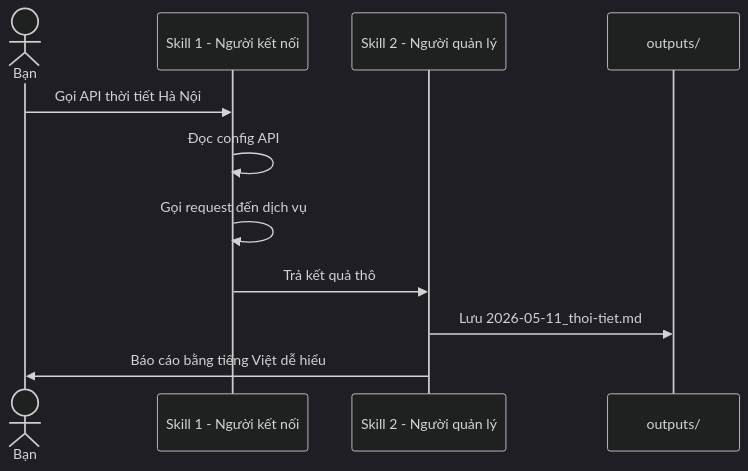
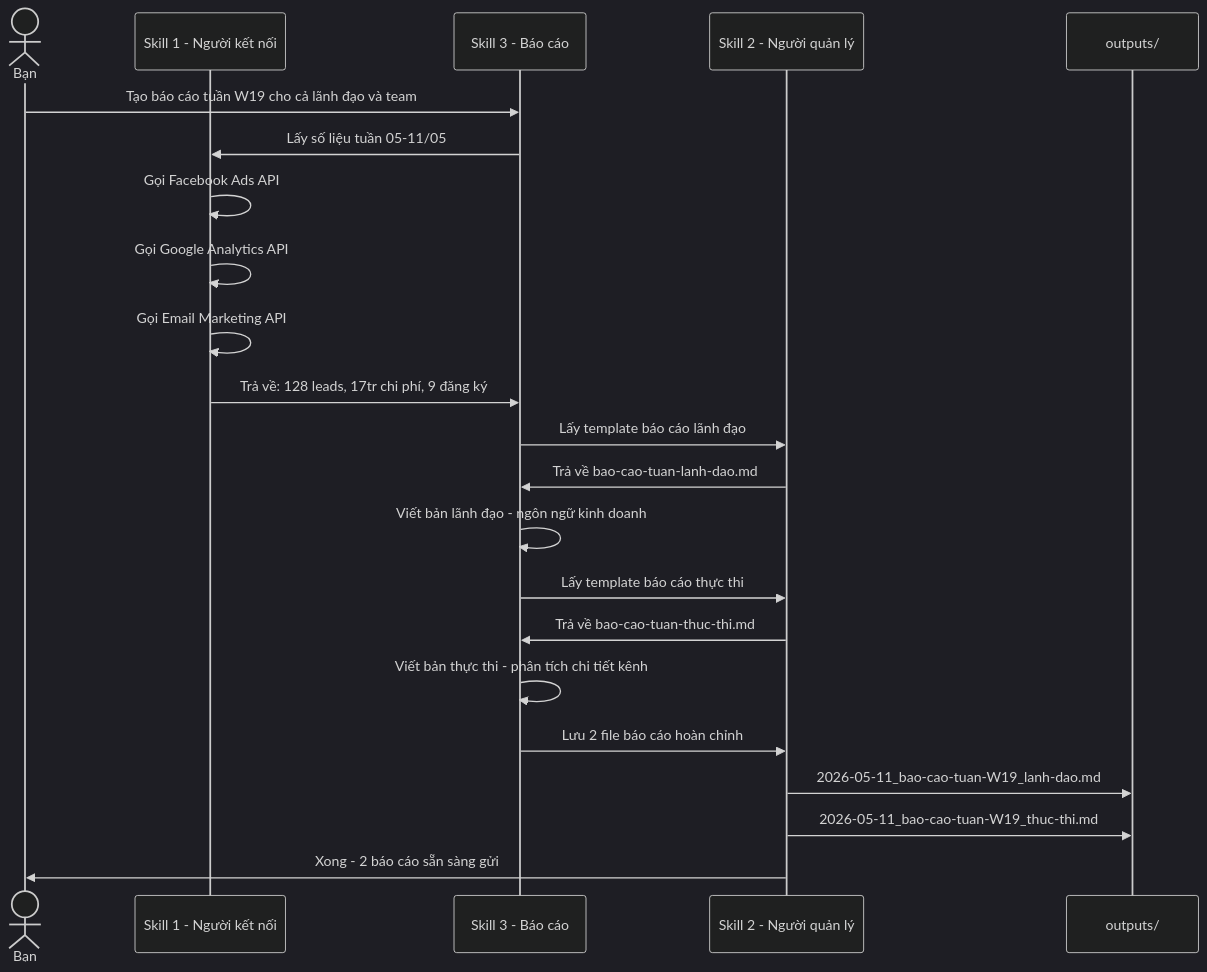
One commit to bochidung642-blip/1-kh-ng-gian-l-m-vi-c-c-nh-n-v-i-c-c-skills changed the fifth of 5 diagrams in README.md. Above: the diagram before and after it, drawn with Mermaid (dark theme). The commit also changed other lines of this file, not shown here.

First line of the commit message:
docs: viết lại README toàn diện cho cả tech và non-tech

````diff
--- a/README.md
+++ b/README.md
@@ -87,14 +195,25 @@
 ```mermaid
 sequenceDiagram
     actor Bạn
     participant S1 as Skill 1 - Người kết nối
+    participant S3 as Skill 3 - Báo cáo
     participant S2 as Skill 2 - Người quản lý
     participant Out as outputs/
 
-    Bạn->>S1: Gọi API thời tiết Hà Nội
-    S1->>S1: Đọc config API
-    S1->>S1: Gọi request đến dịch vụ
-    S1->>S2: Trả kết quả thô
-    S2->>Out: Lưu 2026-05-11_thoi-tiet.md
-    S2->>Bạn: Báo cáo bằng tiếng Việt dễ hiểu
+    Bạn->>S3: Tạo báo cáo tuần W19 cho cả lãnh đạo và team
+    S3->>S1: Lấy số liệu tuần 05-11/05
+    S1->>S1: Gọi Facebook Ads API
+    S1->>S1: Gọi Google Analytics API
+    S1->>S1: Gọi Email Marketing API
+    S1->>S3: Trả về: 128 leads, 17tr chi phí, 9 đăng ký
+    S3->>S2: Lấy template báo cáo lãnh đạo
+    S2->>S3: Trả về bao-cao-tuan-lanh-dao.md
+    S3->>S3: Viết bản lãnh đạo - ngôn ngữ kinh doanh
+    S3->>S2: Lấy template báo cáo thực thi
+    S2->>S3: Trả về bao-cao-tuan-thuc-thi.md
+    S3->>S3: Viết bản thực thi - phân tích chi tiết kênh
+    S3->>S2: Lưu 2 file báo cáo hoàn chỉnh
+    S2->>Out: 2026-05-11_bao-cao-tuan-W19_lanh-dao.md
+    S2->>Out: 2026-05-11_bao-cao-tuan-W19_thuc-thi.md
+    S2->>Bạn: Xong - 2 báo cáo sẵn sàng gửi
 ```
````
